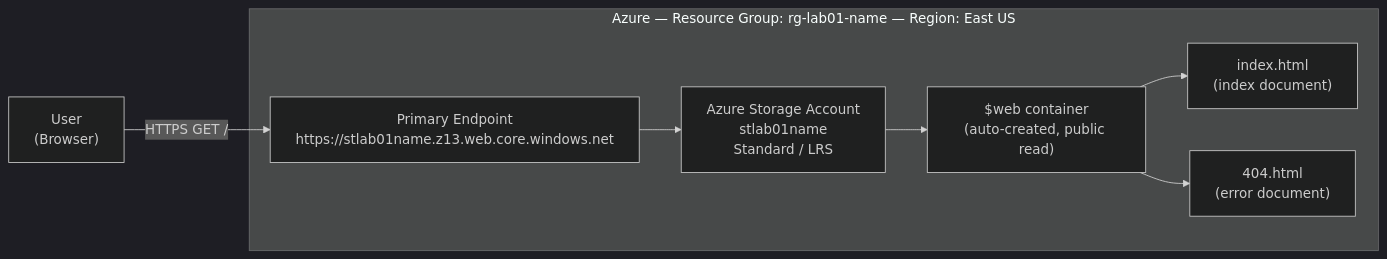
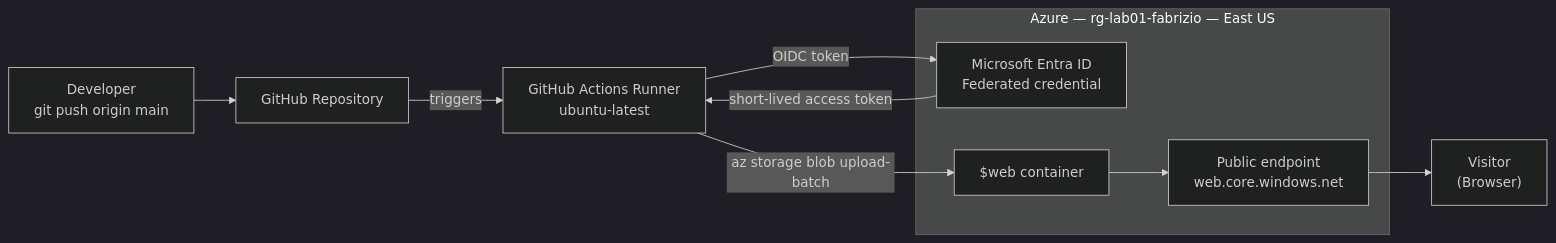
Before and after one commit to fabrizio-mastrogiovanni/Azure-static-website-github-actions: the first of 3 diagrams in README.md, drawn with Mermaid (dark theme). The commit also changed other lines of this file, not shown here.

First line of the commit message:
Revise README for Azure Static Website project

````diff
--- a/README.md
+++ b/README.md
@@ -32,16 +41,16 @@
 ```mermaid
 flowchart LR
-    U["User<br/>(Browser)"] -->|"HTTPS GET /"| EP["Primary Endpoint<br/>https://stlab01name.z13.web.core.windows.net"]
-    EP --> SA["Azure Storage Account<br/>stlab01name<br/>Standard / LRS"]
-    SA --> WEB["$web container<br/>(auto-created, public read)"]
-    WEB --> IDX["index.html<br/>(index document)"]
-    WEB --> ERR["404.html<br/>(error document)"]
+    DEV["Developer<br/>git push origin main"] --> GH["GitHub Repository"]
+    GH -->|"triggers"| GA["GitHub Actions Runner<br/>ubuntu-latest"]
+    GA -->|"OIDC token"| ENTRA["Microsoft Entra ID<br/>Federated credential"]
+    ENTRA -->|"short-lived access token"| GA
+    GA -->|"az storage blob upload-batch"| WEB["$web container"]
+    WEB --> EP["Public endpoint<br/>web.core.windows.net"]
+    EP --> USER["Visitor<br/>(Browser)"]
 
-    subgraph AZ["Azure — Resource Group: rg-lab01-name — Region: East US"]
+    subgraph AZURE["Azure — rg-lab01-fabrizio — East US"]
+        ENTRA
+        WEB
         EP
-        SA
-        WEB
-        IDX
-        ERR
     end
 ```
````
